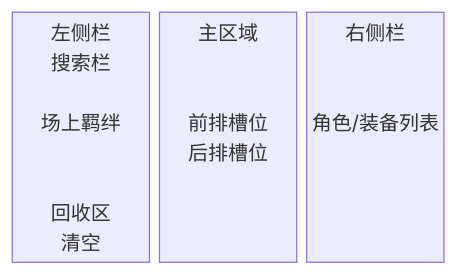
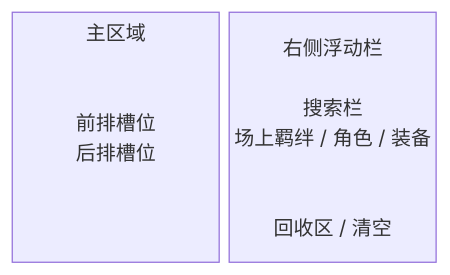
One commit to PoinTSHine/HSR_CW_NetWork changed the second of 2 diagrams in README.md. Above: the diagram before and after it, drawn with Mermaid. The commit also changed other lines of this file, not shown here.

````diff
--- a/README.md
+++ b/README.md
@@ -110,7 +113,6 @@
 ```mermaid
 block-beta
   columns 3
-  left["左侧栏\n搜索栏\n\n场上羁绊\n\n\n回收区\n清空"]
   main["主区域\n\n\n前排槽位\n后排槽位\n\n\n\n"]
-  right["右侧栏\n\n\n角色/装备列表\n\n\n\n\n"]
+  right["右侧浮动栏\n\n搜索栏\n场上羁绊 / 角色 / 装备\n\n\n回收区 / 清空"]
 ```
````
